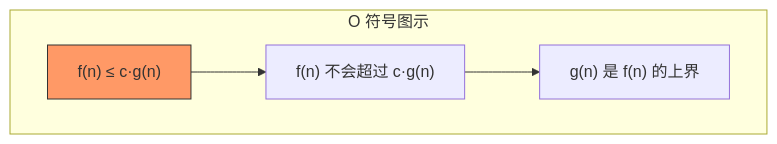
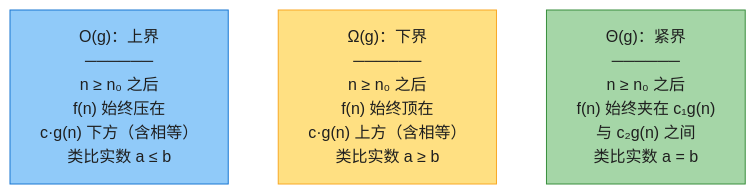
One commit to socoo123/book_reading changed the second of 3 diagrams in IntroductionToAlgorithms/Chapter03_函数的增长_深度版.md. Above: the diagram before and after it, drawn with Mermaid. The commit also changed other lines of this file and 30 other files, not shown here.

````diff
--- a/IntroductionToAlgorithms/Chapter03_函数的增长_深度版.md
+++ b/IntroductionToAlgorithms/Chapter03_函数的增长_深度版.md
@@ -107,9 +96,12 @@
 ```mermaid
-graph TD
-    subgraph "O 符号图示"
-    A["f(n) ≤ c·g(n)"] --> B["f(n) 不会超过 c·g(n)"]
-    B --> C["g(n) 是 f(n) 的上界"]
-    end
+flowchart LR
+    oN["O(g)：上界<br/>──────<br/>n ≥ n₀ 之后<br/>f(n) 始终压在<br/>c·g(n) 下方（含相等）<br/>类比实数 a ≤ b"]
+    wN["Ω(g)：下界<br/>──────<br/>n ≥ n₀ 之后<br/>f(n) 始终顶在<br/>c·g(n) 上方（含相等）<br/>类比实数 a ≥ b"]
+    tN["Θ(g)：紧界<br/>──────<br/>n ≥ n₀ 之后<br/>f(n) 始终夹在 c₁g(n)<br/>与 c₂g(n) 之间<br/>类比实数 a = b"]
+    oN ~~~ wN
+    wN ~~~ tN
 
-    style A fill:#f96,stroke:#333
+    style oN fill:#90CAF9,stroke:#1976D2,color:#1f1f1f
+    style wN fill:#FFE082,stroke:#F9A825,color:#1f1f1f
+    style tN fill:#A5D6A7,stroke:#388E3C,color:#1f1f1f
 ```
````
